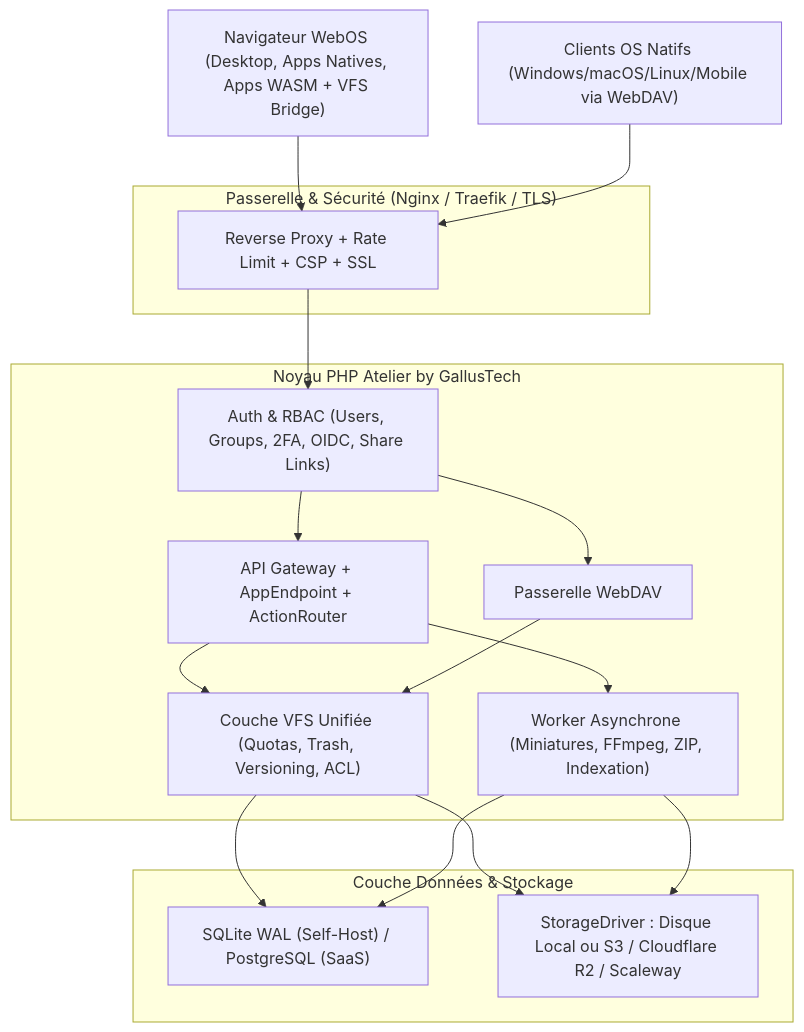
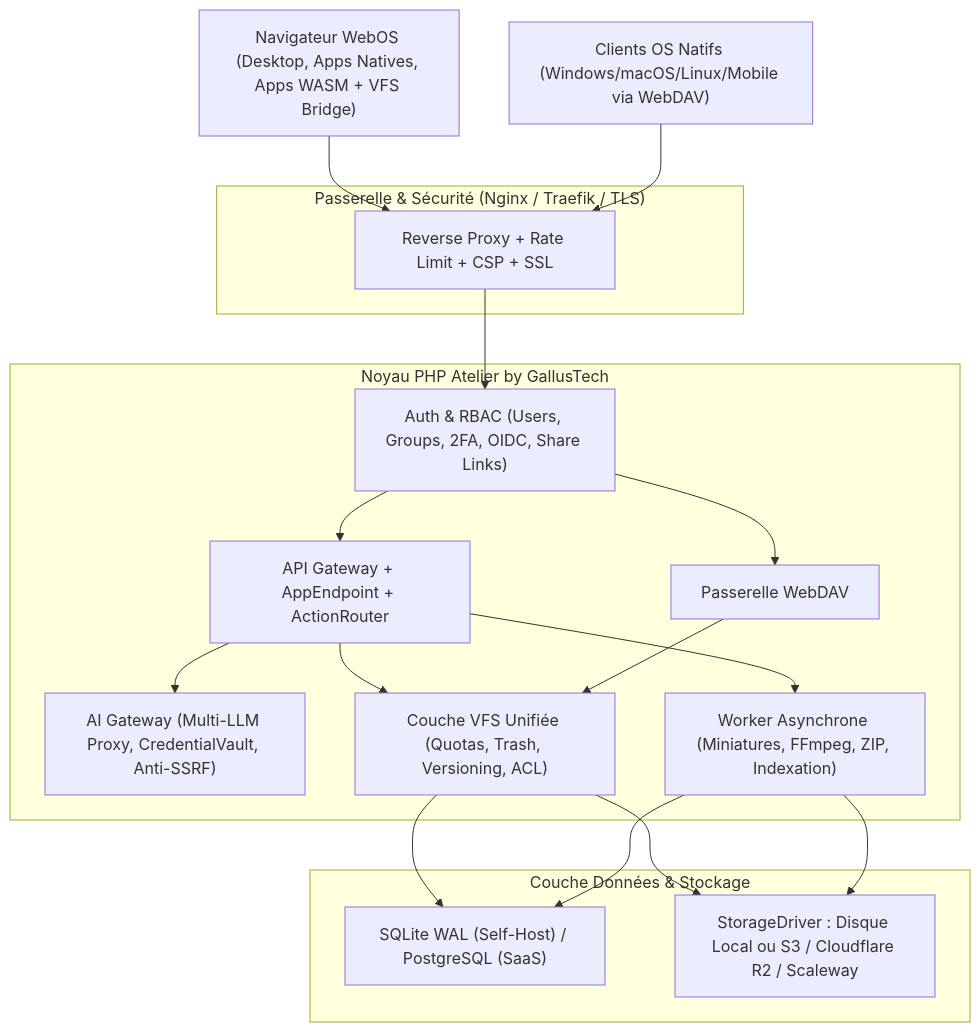
One commit to oktailb/Atelier changed the diagram in ROADMAP.md. Above: the diagram before and after it, drawn with Mermaid. The commit also changed other lines of this file and 14 other files, not shown here.

````diff
--- a/ROADMAP.md
+++ b/ROADMAP.md
@@ -56,35 +57,37 @@
 ```mermaid
 flowchart TB
     Client["Navigateur WebOS (Desktop, Apps Natives, Apps WASM + VFS Bridge)"]
     OSClient["Clients OS Natifs (Windows/macOS/Linux/Mobile via WebDAV)"]
 
     subgraph Edge["Passerelle & Sécurité (Nginx / Traefik / TLS)"]
         Proxy["Reverse Proxy + Rate Limit + CSP + SSL"]
     end
 
     subgraph Kernel["Noyau PHP Atelier by GallusTech"]
         Auth["Auth & RBAC (Users, Groups, 2FA, OIDC, Share Links)"]
         Api["API Gateway + AppEndpoint + ActionRouter"]
+        AiGw["AI Gateway (Multi-LLM Proxy, CredentialVault, Anti-SSRF)"]
         WebDav["Passerelle WebDAV"]
         Vfs["Couche VFS Unifiée (Quotas, Trash, Versioning, ACL)"]
         Worker["Worker Asynchrone (Miniatures, FFmpeg, ZIP, Indexation)"]
     end
 
     subgraph Data["Couche Données & Stockage"]
         Db["SQLite WAL (Self-Host) / PostgreSQL (SaaS)"]
         Storage["StorageDriver : Disque Local ou S3 / Cloudflare R2 / Scaleway"]
     end
 
     Client --> Proxy
     OSClient --> Proxy
     Proxy --> Auth
     Auth --> Api
     Auth --> WebDav
     Api --> Vfs
+    Api --> AiGw
     WebDav --> Vfs
     Api --> Worker
     Vfs --> Db
     Vfs --> Storage
     Worker --> Db
     Worker --> Storage
 ```
````
